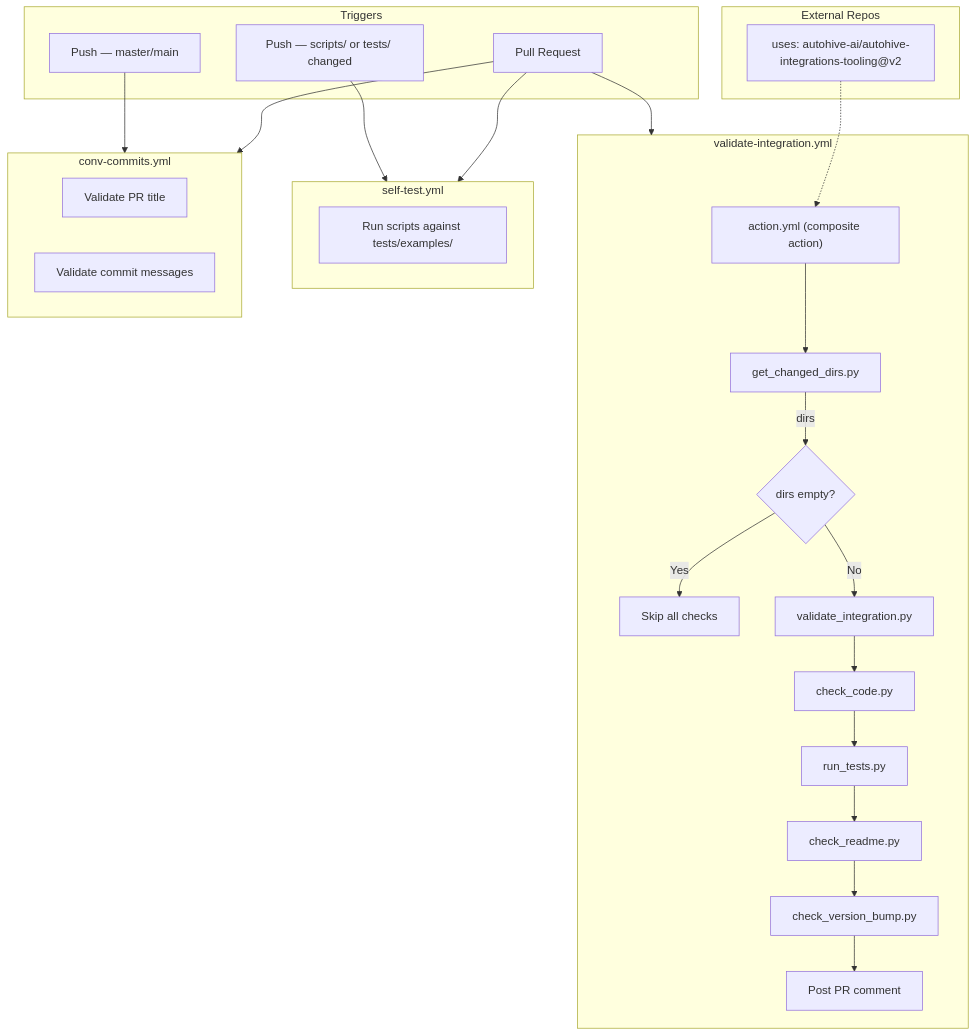
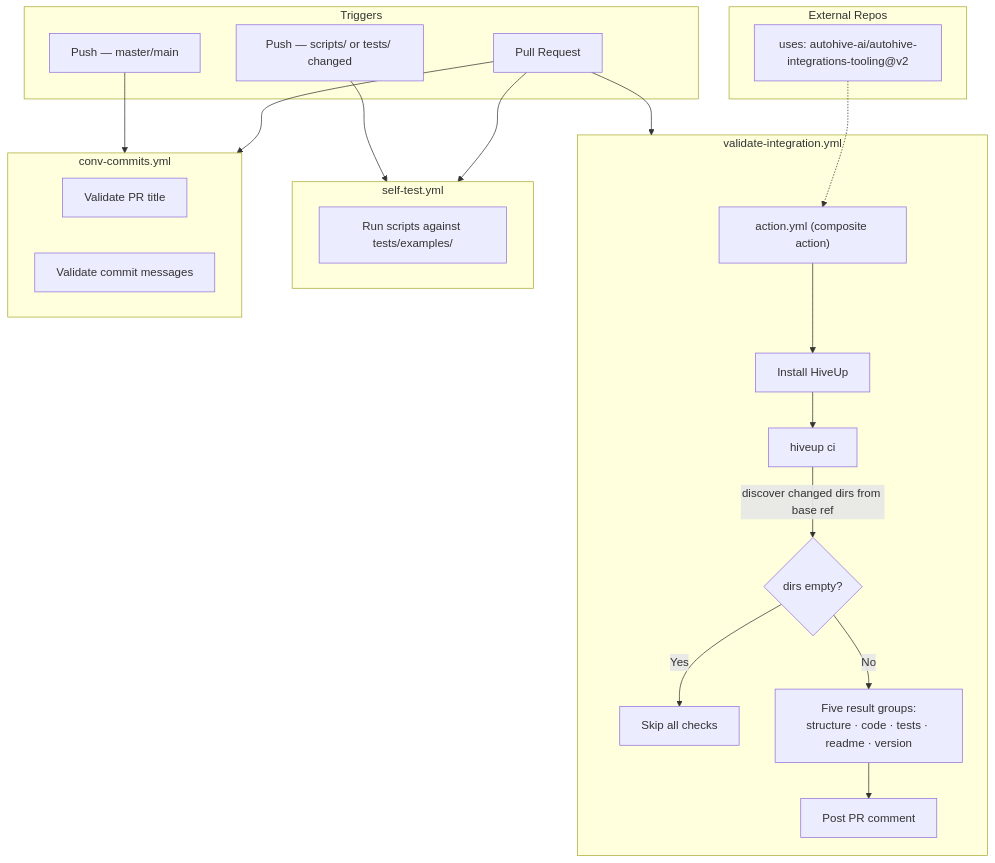
The diagram in README.md (Autohive-AI/autohive-integrations-tooling), drawn with Mermaid before and after one commit. The commit also changed other lines of this file and 57 other files, not shown here.

````diff
--- a/README.md
+++ b/README.md
@@ -34,41 +34,38 @@
 ```mermaid
 flowchart TB
     subgraph triggers["Triggers"]
         PR["Pull Request"]
         PUSH_SCRIPTS["Push — scripts/ or tests/ changed"]
         PUSH_MAIN["Push — master/main"]
     end
 
     subgraph wf1["validate-integration.yml"]
         ACTION["action.yml (composite action)"]
-        ACTION --> GCD[get_changed_dirs.py]
-        GCD -->|dirs| COND{dirs empty?}
+        ACTION --> INSTALL["Install HiveUp"]
+        INSTALL --> CI["hiveup ci"]
+        CI -->|discover changed dirs from base ref| COND{dirs empty?}
         COND -->|Yes| SKIP[Skip all checks]
-        COND -->|No| VI[validate_integration.py]
-        VI --> CC[check_code.py]
-        CC --> RT[run_tests.py]
-        RT --> CR[check_readme.py]
-        CR --> VB[check_version_bump.py]
-        VB --> CMT_POST[Post PR comment]
+        COND -->|No| GROUPS["Five result groups:<br/>structure · code · tests · readme · version"]
+        GROUPS --> CMT_POST[Post PR comment]
     end
 
     subgraph wf2["self-test.yml"]
         ST[Run scripts against tests/examples/]
     end
 
     subgraph wf3["conv-commits.yml"]
         PRT[Validate PR title]
         CMT[Validate commit messages]
     end
 
     subgraph external["External Repos"]
         EXT["uses: autohive-ai/autohive-integrations-tooling@v2"]
     end
 
     PR --> wf1
     PR --> wf2
     PR --> wf3
     PUSH_SCRIPTS --> wf2
     PUSH_MAIN --> wf3
     EXT -.-> ACTION
 ```
````
